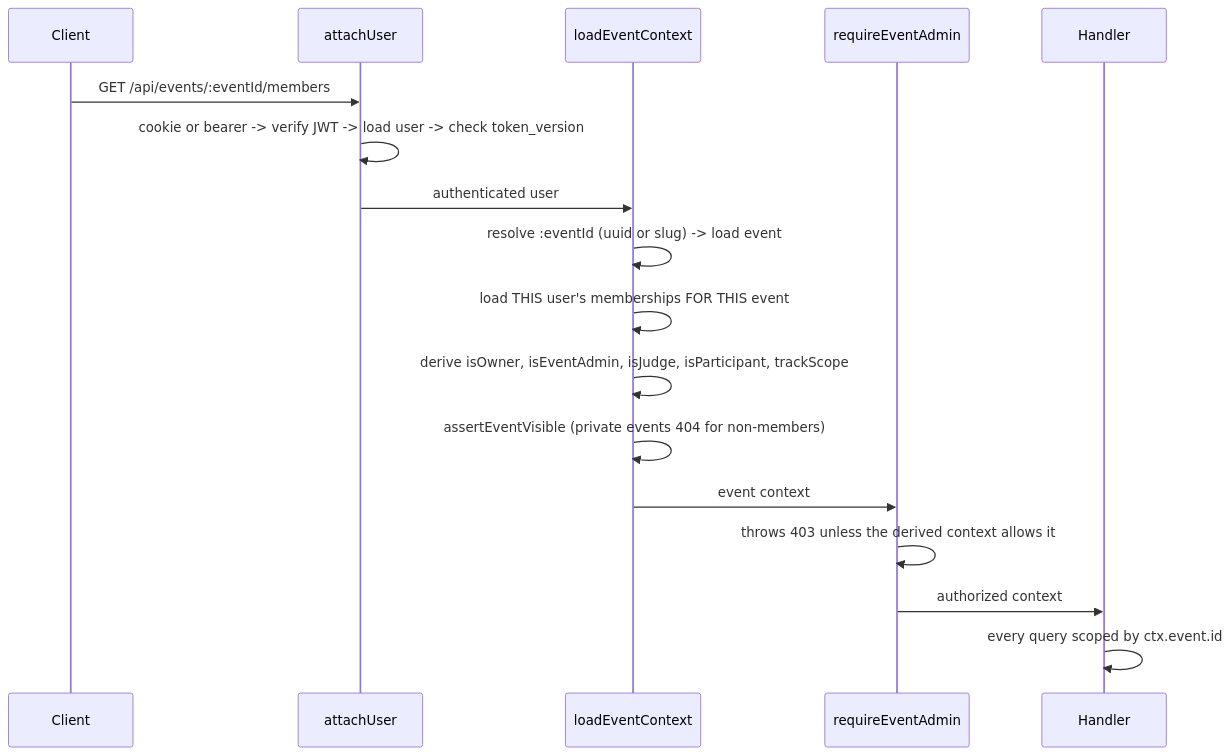
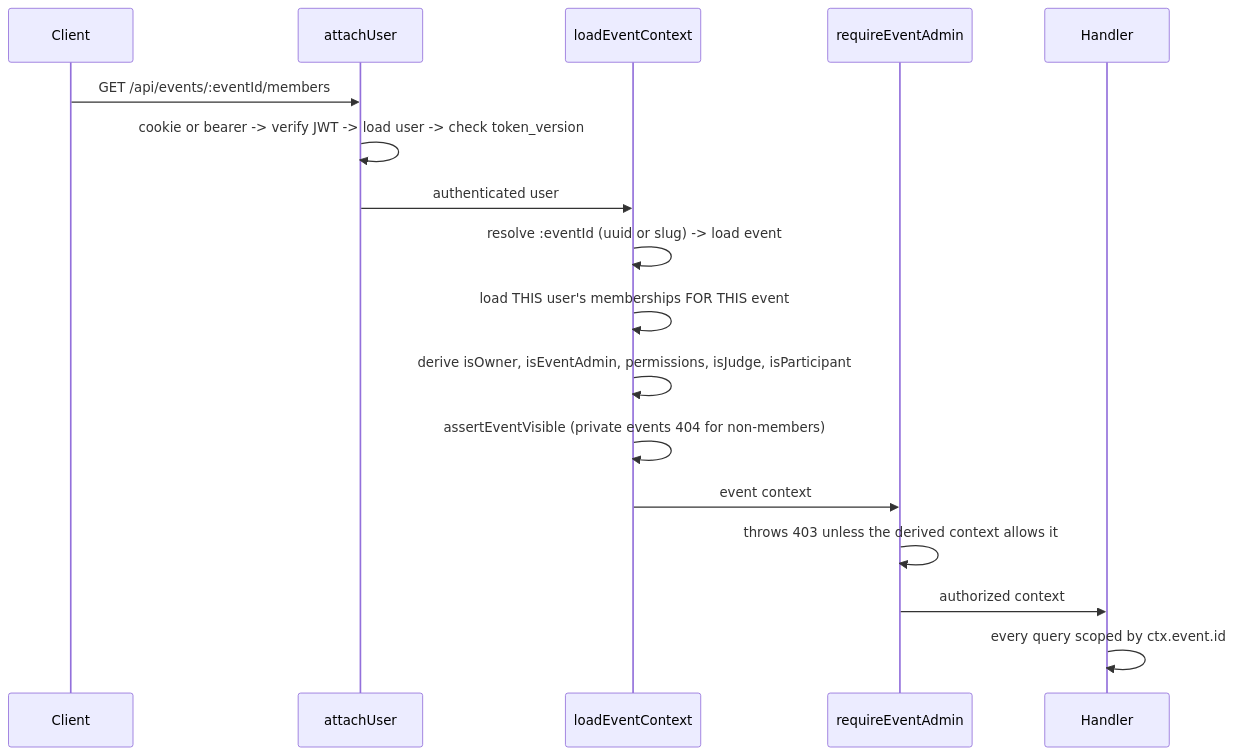
The second of 5 diagrams in ARCHITECTURE.md (ikeshavvarshney/podium), drawn with Mermaid before and after one commit. The commit also changed other lines of this file and 8 other files, not shown here.

````diff
--- a/ARCHITECTURE.md
+++ b/ARCHITECTURE.md
@@ -34,20 +34,20 @@
 ```mermaid
 sequenceDiagram
     participant C as Client
     participant M as attachUser
     participant E as loadEventContext
     participant R as requireEventAdmin
     participant H as Handler
 
     C->>M: GET /api/events/:eventId/members
     M->>M: cookie or bearer -> verify JWT -> load user -> check token_version
     M->>E: authenticated user
     E->>E: resolve :eventId (uuid or slug) -> load event
     E->>E: load THIS user's memberships FOR THIS event
-    E->>E: derive isOwner, isEventAdmin, isJudge, isParticipant, trackScope
+    E->>E: derive isOwner, isEventAdmin, permissions, isJudge, isParticipant
     E->>E: assertEventVisible (private events 404 for non-members)
     E->>R: event context
     R->>R: throws 403 unless the derived context allows it
     R->>H: authorized context
     H->>H: every query scoped by ctx.event.id
 ```
````
